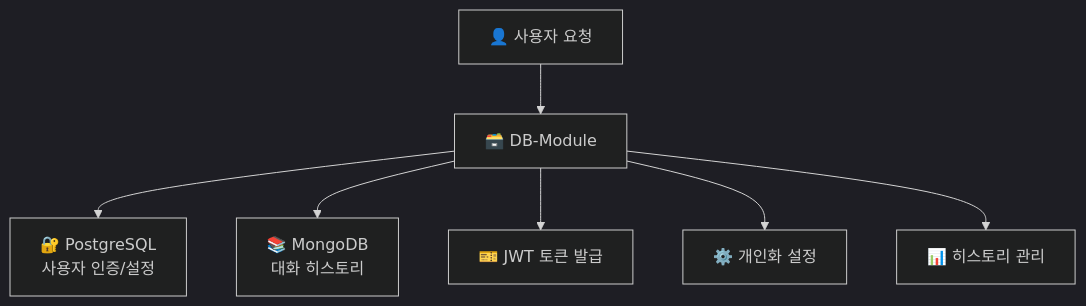
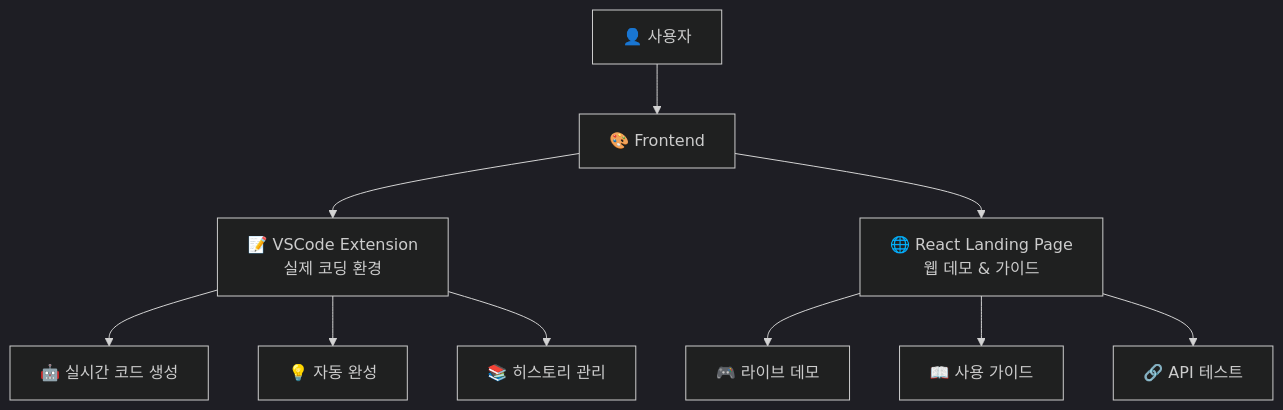
The diagram in README.md (Hi-dle-hancom/frontend), drawn with Mermaid (dark theme) before and after one commit. The commit also changed other lines of this file and 78 other files, not shown here.

````diff
--- a/README.md
+++ b/README.md
@@ -10,10 +10,14 @@
 ```mermaid
 graph TB
-    A[👤 사용자 요청] --> B[🗃️ DB-Module]
-    B --> C[🔐 PostgreSQL<br/>사용자 인증/설정]
-    B --> D[📚 MongoDB<br/>대화 히스토리]
-
-    B --> E[🎫 JWT 토큰 발급]
-    B --> F[⚙️ 개인화 설정]
-    B --> G[📊 히스토리 관리]
+    A[👤 사용자] --> B[🎨 Frontend]
+    B --> C[📝 VSCode Extension<br/>실제 코딩 환경]
+    B --> D[🌐 React Landing Page<br/>웹 데모 & 가이드]
+    
+    C --> E[🤖 실시간 코드 생성]
+    C --> F[💡 자동 완성]
+    C --> G[📚 히스토리 관리]
+    
+    D --> H[🎮 라이브 데모]
+    D --> I[📖 사용 가이드]
+    D --> J[🔗 API 테스트]
 ```
````
